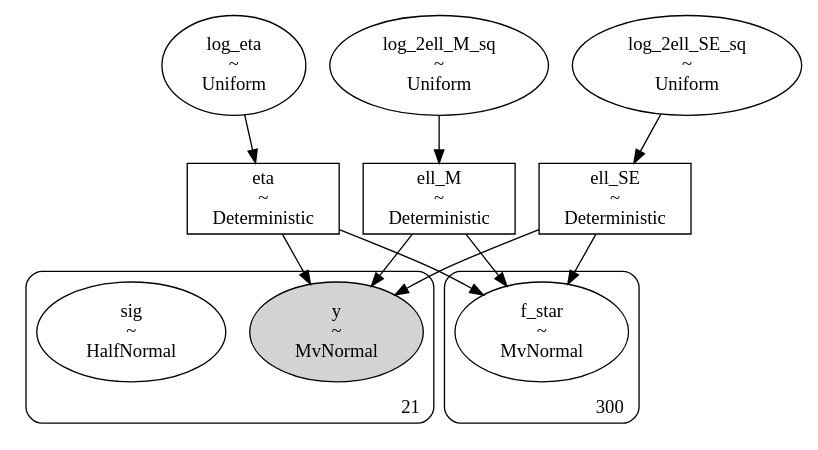
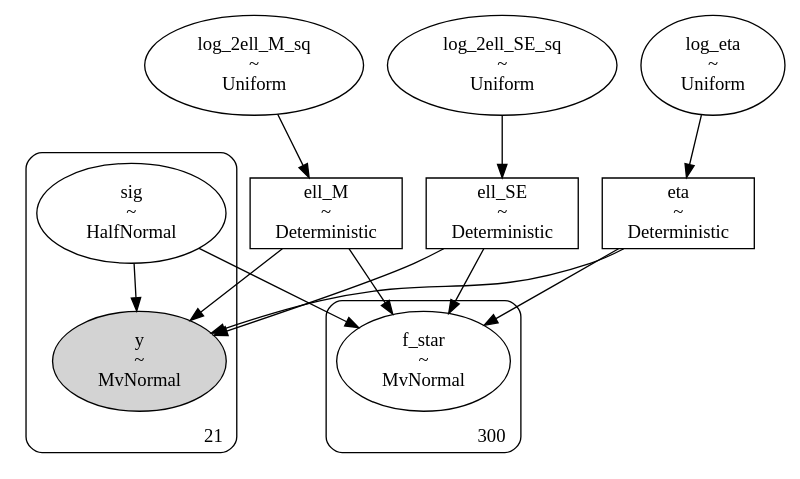
Before and after one commit to shihchingfu/gp-sandbox-thunderkat: the diagram in dags/428_ra236.530_dec-46.922_4U1543TraPDB_andersson_se+m32_dag.dot, drawn with Graphviz. The commit also changed 10 other files, not shown here.

```diff
--- a/dags/428_ra236.530_dec-46.922_4U1543TraPDB_andersson_se+m32_dag.dot
+++ b/dags/428_ra236.530_dec-46.922_4U1543TraPDB_andersson_se+m32_dag.dot
@@ -1,44 +1,46 @@
 digraph {
+	log_2ell_SE_sq [label="log_2ell_SE_sq
+~
+Uniform" shape=ellipse]
+	ell_SE [label="ell_SE
+~
+Deterministic" shape=box]
 	log_2ell_M_sq [label="log_2ell_M_sq
 ~
 Uniform" shape=ellipse]
 	eta [label="eta
 ~
 Deterministic" shape=box]
+	log_eta [label="log_eta
+~
+Uniform" shape=ellipse]
 	ell_M [label="ell_M
 ~
 Deterministic" shape=box]
-	ell_SE [label="ell_SE
-~
-Deterministic" shape=box]
-	log_eta [label="log_eta
-~
-Uniform" shape=ellipse]
-	log_2ell_SE_sq [label="log_2ell_SE_sq
-~
-Uniform" shape=ellipse]
 	subgraph cluster21 {
 		y [label="y
 ~
 MvNormal" shape=ellipse style=filled]
 		sig [label="sig
 ~
 HalfNormal" shape=ellipse]
 		label=21 labeljust=r labelloc=b style=rounded
 	}
 	subgraph cluster300 {
 		f_star [label="f_star
 ~
 MvNormal" shape=ellipse]
 		label=300 labeljust=r labelloc=b style=rounded
 	}
 	log_2ell_SE_sq -> ell_SE
 	log_2ell_M_sq -> ell_M
 	log_eta -> eta
+	eta -> y
+	ell_M -> y
+	sig -> y
 	ell_SE -> y
-	ell_M -> y
-	eta -> y
+	eta -> f_star
+	ell_M -> f_star
+	sig -> f_star
 	ell_SE -> f_star
-	ell_M -> f_star
-	eta -> f_star
 }
```
